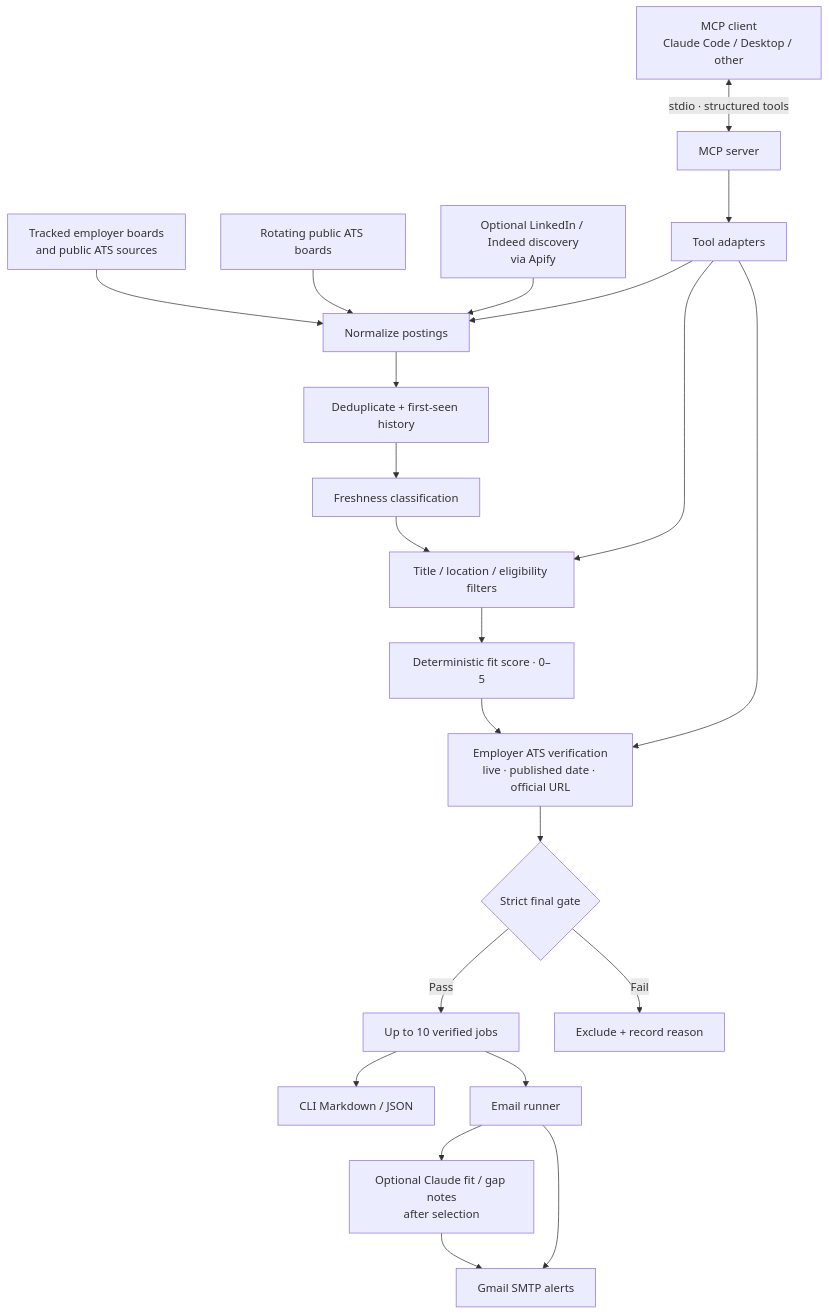
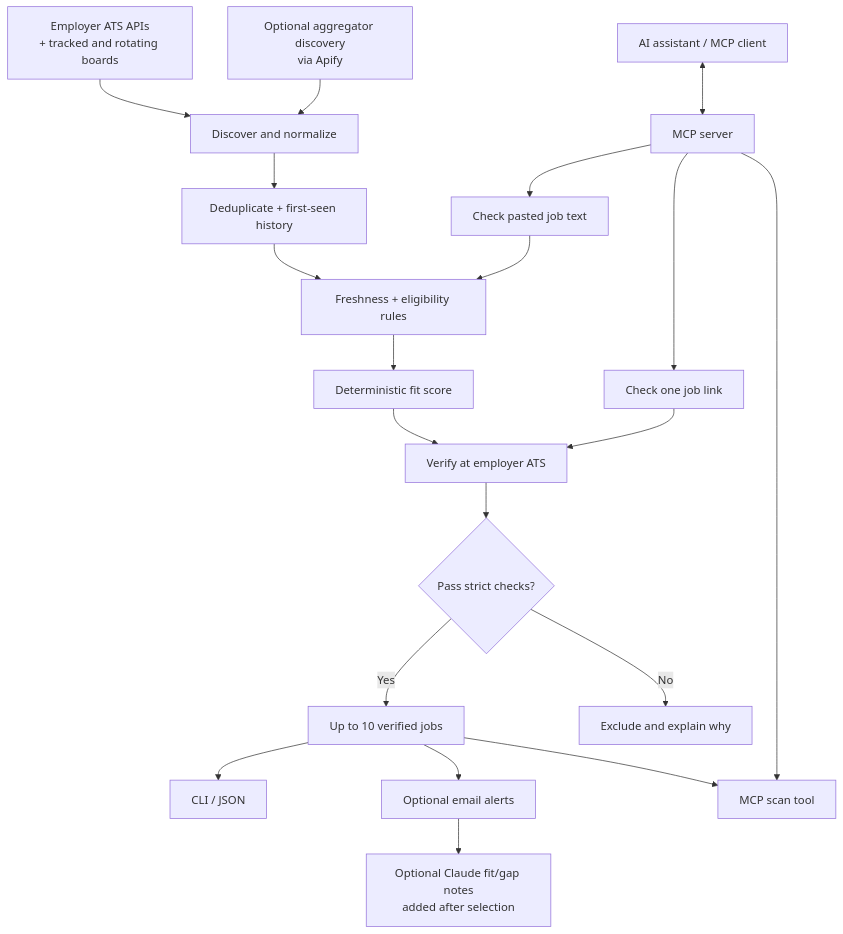
Before and after one commit to Yogananda16/job-radar-mcp: the diagram in README.md, drawn with Mermaid. The commit also changed other lines of this file, not shown here.

````diff
--- a/README.md
+++ b/README.md
@@ -31,24 +40,22 @@
 ```mermaid
 flowchart TD
-    A["Tracked employer boards<br/>and public ATS sources"] --> N["Normalize postings"]
-    B["Rotating public ATS boards"] --> N
-    C["Optional LinkedIn / Indeed discovery<br/>via Apify"] --> N
-    N --> D["Deduplicate + first-seen history"]
-    D --> F["Freshness classification"]
-    F --> G["Title / location / eligibility filters"]
-    G --> H["Deterministic fit score · 0–5"]
-    H --> I["Employer ATS verification<br/>live · published date · official URL"]
-    I --> J{"Strict final gate"}
-    J -->|Pass| K["Up to 10 verified jobs"]
-    J -->|Fail| X["Exclude + record reason"]
-    K --> L["CLI Markdown / JSON"]
-    K --> M["Email runner"]
-    M --> P["Optional Claude fit / gap notes<br/>after selection"]
-    P --> V["Gmail SMTP alerts"]
-    M --> V
-    Q["MCP client<br/>Claude Code / Desktop / other"] <-->|"stdio · structured tools"| R["MCP server"]
-    R --> S["Tool adapters"]
-    S --> N
-    S --> I
-    S --> G
+    A["Employer ATS APIs<br/>+ tracked and rotating boards"] --> B["Discover and normalize"]
+    C["Optional aggregator discovery<br/>via Apify"] --> B
+    B --> D["Deduplicate + first-seen history"]
+    D --> E["Freshness + eligibility rules"]
+    E --> F["Deterministic fit score"]
+    F --> G["Verify at employer ATS"]
+    G --> H{"Pass strict checks?"}
+    H -->|Yes| I["Up to 10 verified jobs"]
+    H -->|No| J["Exclude and explain why"]
+    I --> K["CLI / JSON"]
+    I --> L["Optional email alerts"]
+    I --> M["MCP scan tool"]
+    N["AI assistant / MCP client"] <--> O["MCP server"]
+    O --> M
+    O --> P["Check one job link"]
+    O --> Q["Check pasted job text"]
+    P --> G
+    Q --> E
+    L --> R["Optional Claude fit/gap notes<br/>added after selection"]
 ```
````
